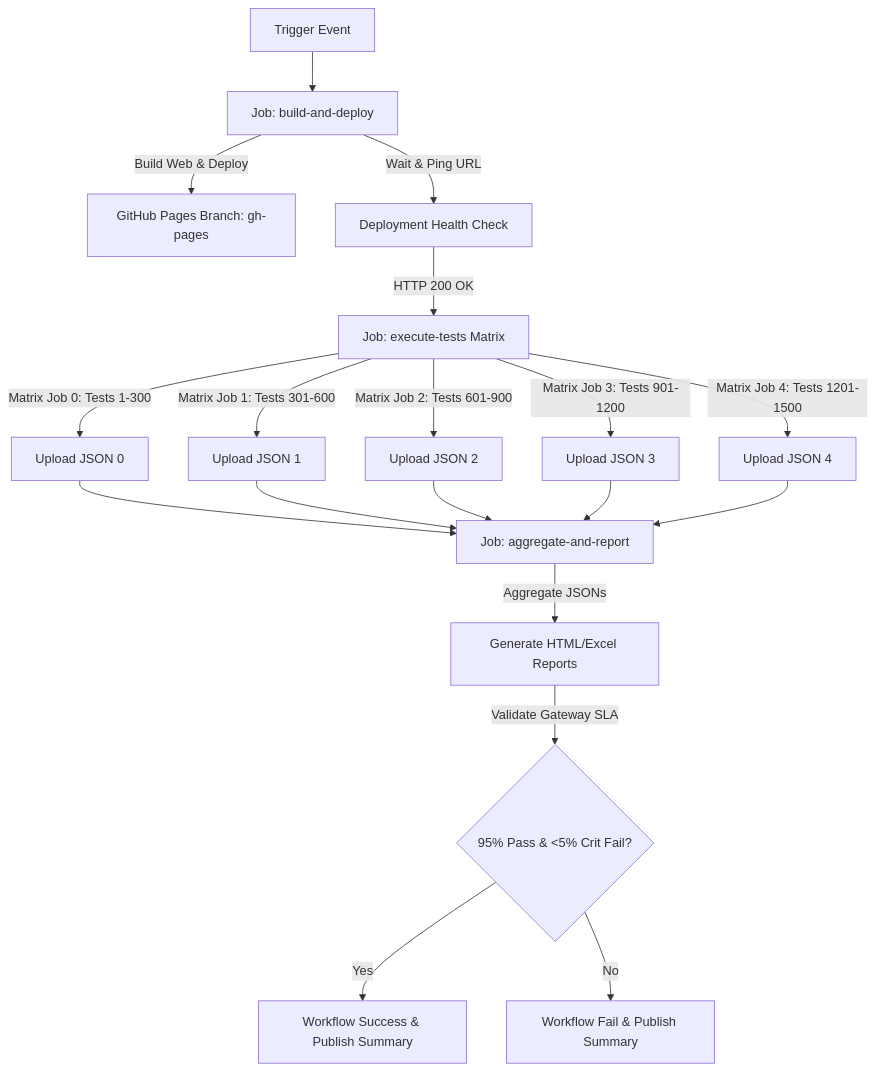
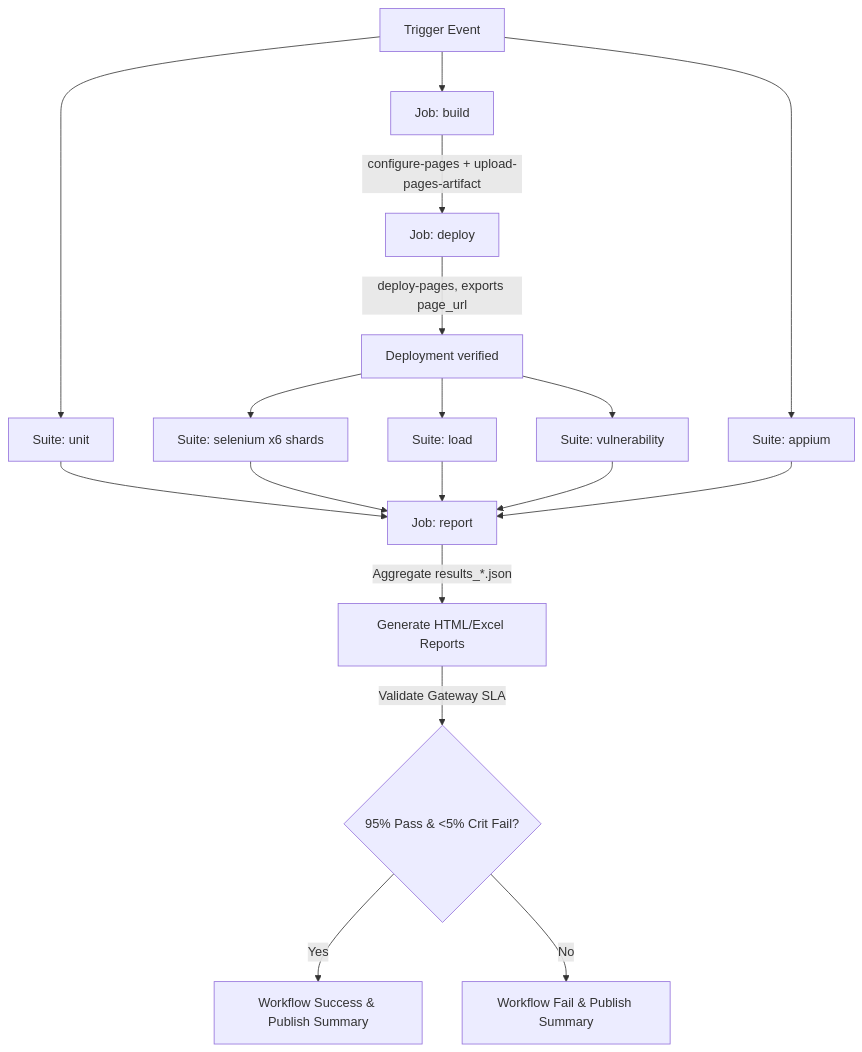
Before and after one commit to Sudarshanan-kt/medintel_nexuss: the diagram in automation/AUTOMATION_GUIDE.md, drawn with Mermaid. The commit also changed other lines of this file and 24 other files, not shown here.

````diff
--- a/automation/AUTOMATION_GUIDE.md
+++ b/automation/AUTOMATION_GUIDE.md
@@ -102,17 +146,18 @@
 ```mermaid
 graph TD
-    A[Trigger Event] --> B[Job: build-and-deploy]
-    B -->|Build Web & Deploy| C[GitHub Pages Branch: gh-pages]
-    B -->|Wait & Ping URL| D[Deployment Health Check]
-    D -->|HTTP 200 OK| E[Job: execute-tests Matrix]
-    E -->|Matrix Job 0: Tests 1-300| F[Upload JSON 0]
-    E -->|Matrix Job 1: Tests 301-600| G[Upload JSON 1]
-    E -->|Matrix Job 2: Tests 601-900| H[Upload JSON 2]
-    E -->|Matrix Job 3: Tests 901-1200| I[Upload JSON 3]
-    E -->|Matrix Job 4: Tests 1201-1500| J[Upload JSON 4]
-    F & G & H & I & J --> K[Job: aggregate-and-report]
-    K -->|Aggregate JSONs| L[Generate HTML/Excel Reports]
-    L -->|Validate Gateway SLA| M{95% Pass & <5% Crit Fail?}
-    M -->|Yes| N[Workflow Success & Publish Summary]
-    M -->|No| O[Workflow Fail & Publish Summary]
+    A[Trigger Event] --> B[Job: build]
+    B -->|configure-pages + upload-pages-artifact| C[Job: deploy]
+    C -->|deploy-pages, exports page_url| D[Deployment verified]
+
+    A --> U[Suite: unit]
+    A --> P[Suite: appium]
+    D --> S[Suite: selenium x6 shards]
+    D --> L[Suite: load]
+    D --> V[Suite: vulnerability]
+
+    U & S & L & V & P --> R[Job: report]
+    R -->|Aggregate results_*.json| G[Generate HTML/Excel Reports]
+    G -->|Validate Gateway SLA| M{95% Pass & <5% Crit Fail?}
+    M -->|Yes| Y[Workflow Success & Publish Summary]
+    M -->|No| N[Workflow Fail & Publish Summary]
 ```
````
